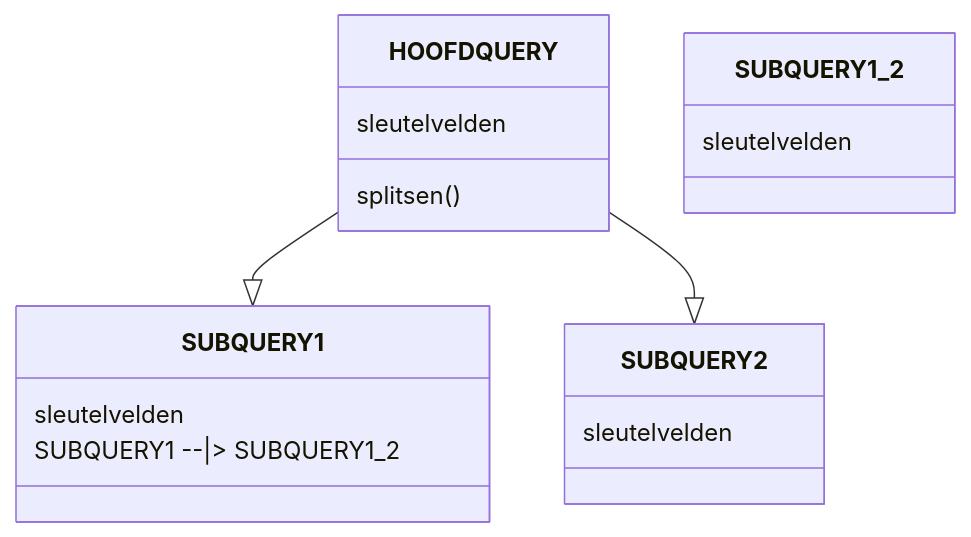
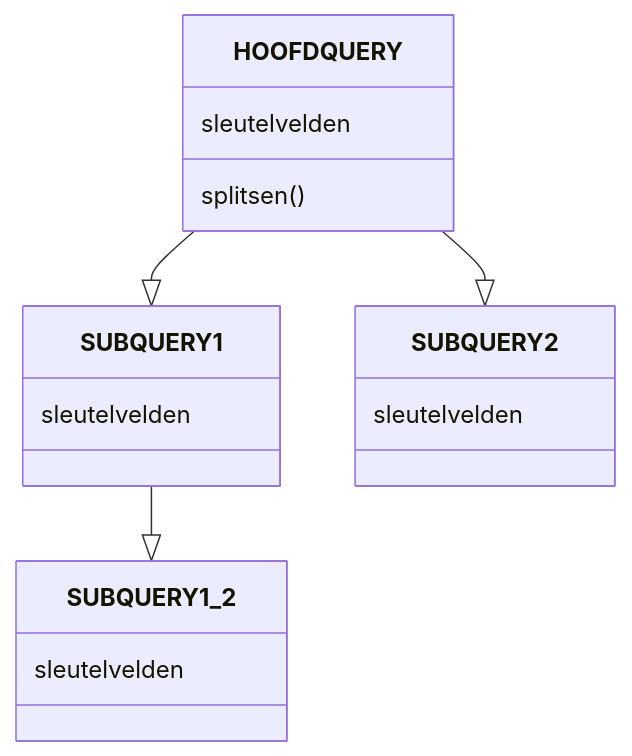
The diagram in sandbox/diagram.md (fvdsdel/BI_publisher), drawn with Mermaid before and after one commit.

````diff
--- a/sandbox/diagram.md
+++ b/sandbox/diagram.md
@@ -1,20 +1,21 @@
 ```mermaid
 classDiagram
     HOOFDQUERY: sleutelvelden
     HOOFDQUERY: splitsen()
     HOOFDQUERY --|> SUBQUERY1
     HOOFDQUERY --|> SUBQUERY2
+SUBQUERY1 --|> SUBQUERY1_2
   
 class SUBQUERY1{
       sleutelvelden
-      SUBQUERY1 --|> SUBQUERY1_2
+      
     }
 
 class SUBQUERY2{
       sleutelvelden
     }
 class SUBQUERY1_2{
       sleutelvelden
     }
 
 ```
````
